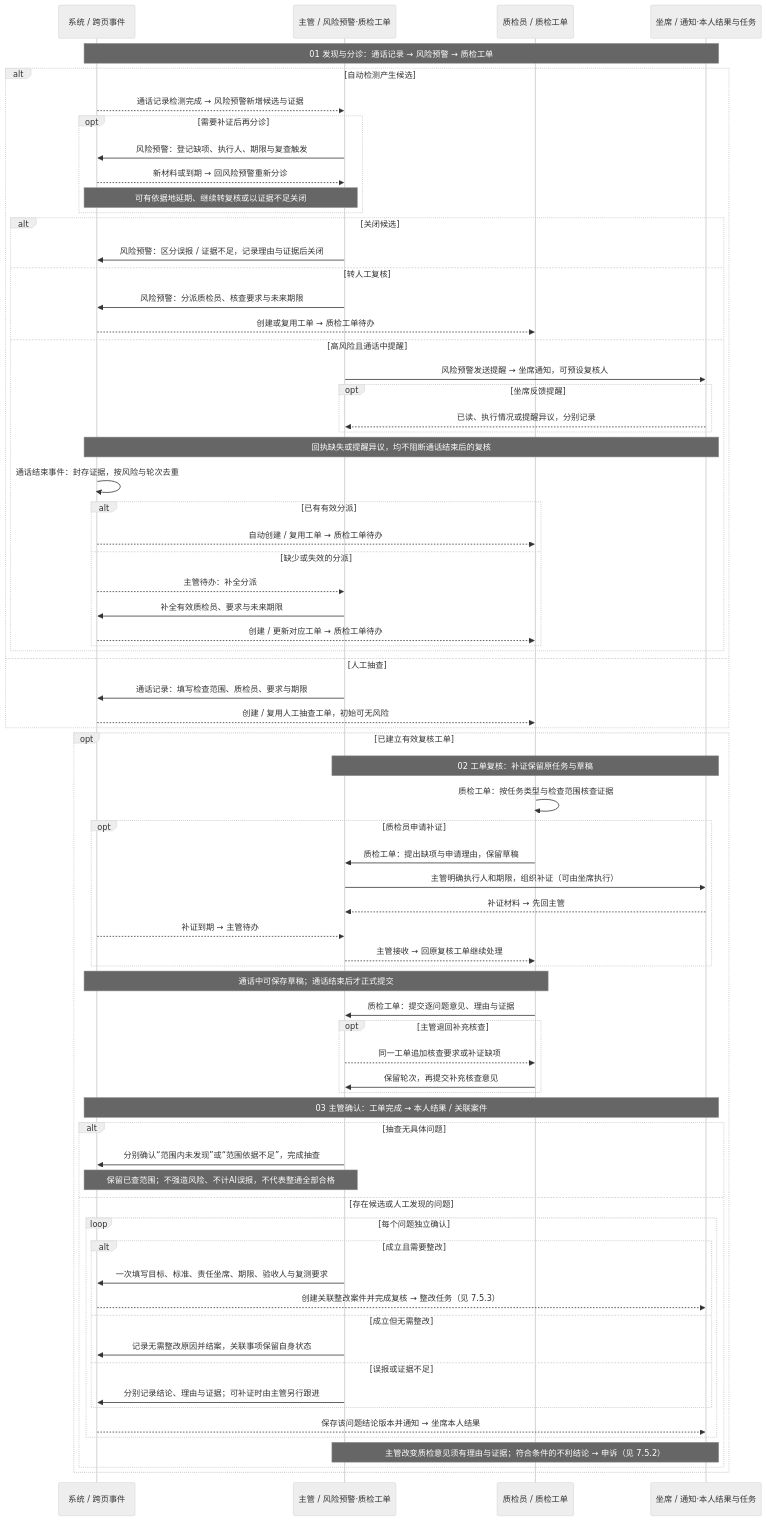
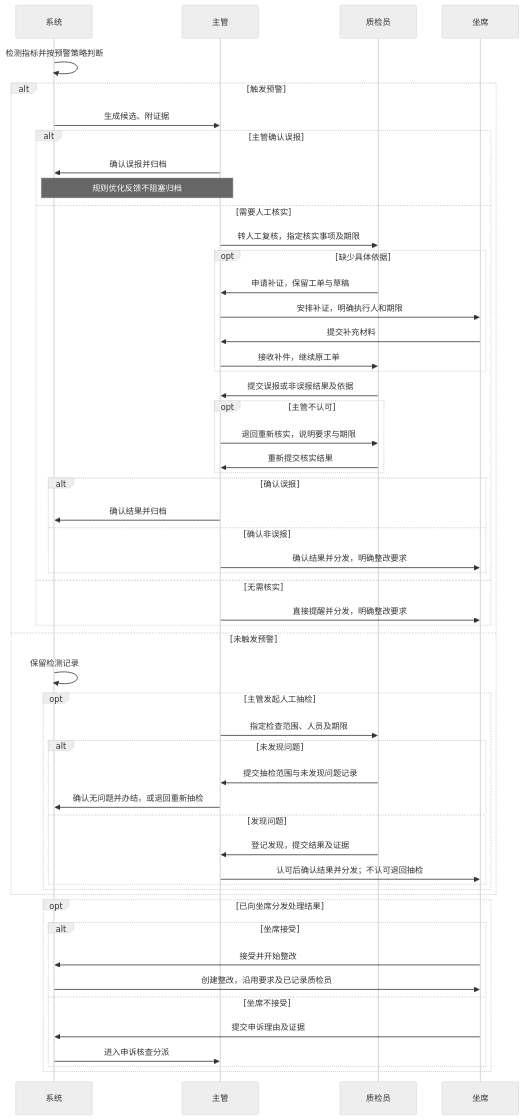
One commit to h-pl/bank-voice-qc-mvp-p0 changed the diagram in docs/reviews/时序图/01-质检主线.mmd. Above: the diagram before and after it, drawn with Mermaid (neutral theme). The commit also changed 253 other files, not shown here.

```diff
--- a/docs/reviews/时序图/01-质检主线.mmd
+++ b/docs/reviews/时序图/01-质检主线.mmd
@@ -1,72 +1,55 @@
+%% 当前6001流程，2026-09-23；历史版本见 archive/流程图-20260923复核前
 sequenceDiagram
-    participant S as 系统 / 跨页事件
-    participant Q as 主管 / 风险预警·质检工单
-    participant I as 质检员 / 质检工单
-    participant A as 坐席 / 通知·本人结果与任务
-    Note over S,A: 01 发现与分诊：通话记录 → 风险预警 → 质检工单
-    alt 自动检测产生候选
-        S-->>Q: 通话记录检测完成 → 风险预警新增候选与证据
-        opt 需要补证后再分诊
-            Q->>S: 风险预警：登记缺项、执行人、期限与复查触发
-            S-->>Q: 新材料或到期 → 回风险预警重新分诊
-            Note over S,Q: 可有依据地延期、继续转复核或以证据不足关闭
-        end
-        alt 关闭候选
-            Q->>S: 风险预警：区分误报 / 证据不足，记录理由与证据后关闭
-        else 转人工复核
-            Q->>S: 风险预警：分派质检员、核查要求与未来期限
-            S-->>I: 创建或复用工单 → 质检工单待办
-        else 高风险且通话中提醒
-            Q->>A: 风险预警发送提醒 → 坐席通知，可预设复核人
-            opt 坐席反馈提醒
-                A-->>Q: 已读、执行情况或提醒异议，分别记录
-            end
-            Note over S,A: 回执缺失或提醒异议，均不阻断通话结束后的复核
-            S->>S: 通话结束事件：封存证据，按风险与轮次去重
-            alt 已有有效分派
-                S-->>I: 自动创建 / 复用工单 → 质检工单待办
-            else 缺少或失效的分派
-                S-->>Q: 主管待办：补全分派
-                Q->>S: 补全有效质检员、要求与未来期限
-                S-->>I: 创建 / 更新对应工单 → 质检工单待办
-            end
-        end
-    else 人工抽查
-        Q->>S: 通话记录：填写检查范围、质检员、要求与期限
-        S-->>I: 创建 / 复用人工抽查工单，初始可无风险
-    end
-    opt 已建立有效复核工单
-        Note over Q,A: 02 工单复核：补证保留原任务与草稿
-        I->>I: 质检工单：按任务类型与检查范围核查证据
-        opt 质检员申请补证
-            I->>Q: 质检工单：提出缺项与申请理由，保留草稿
-            Q->>A: 主管明确执行人和期限，组织补证（可由坐席执行）
-            A-->>Q: 补证材料 → 先回主管
-            S-->>Q: 补证到期 → 主管待办
-            Q-->>I: 主管接收 → 回原复核工单继续处理
-        end
-        Note over S,I: 通话中可保存草稿；通话结束后才正式提交
-        I->>Q: 质检工单：提交逐问题意见、理由与证据
-        opt 主管退回补充核查
-            Q-->>I: 同一工单追加核查要求或补证缺项
-            I->>Q: 保留轮次，再提交补充核查意见
-        end
-        Note over S,A: 03 主管确认：工单完成 → 本人结果 / 关联案件
-        alt 抽查无具体问题
-            Q->>S: 分别确认“范围内未发现”或“范围依据不足”，完成抽查
-            Note over S,Q: 保留已查范围；不强造风险、不计AI误报，不代表整通全部合格
-        else 存在候选或人工发现的问题
-            loop 每个问题独立确认
-                alt 成立且需要整改
-                    Q->>S: 一次填写目标、标准、责任坐席、期限、验收人与复测要求
-                    S-->>A: 创建关联整改案件并完成复核 → 整改任务（见 7.5.3）
-                else 成立但无需整改
-                    Q->>S: 记录无需整改原因并结案，关联事项保留自身状态
-                else 误报或证据不足
-                    Q->>S: 分别记录结论、理由与证据；可补证时由主管另行跟进
-                end
-                S-->>A: 保存该问题结论版本并通知 → 坐席本人结果
-            end
-            Note over Q,A: 主管改变质检意见须有理由与证据；符合条件的不利结论 → 申诉（见 7.5.2）
-        end
-    end
+ participant S as 系统
+ participant M as 主管
+ participant Q as 质检员
+ participant A as 坐席
+ S->>S: 检测指标并按预警策略判断
+ alt 触发预警
+  S->>M: 生成候选、附证据
+  alt 主管确认误报
+   M->>S: 确认误报并归档
+   Note over M,S: 规则优化反馈不阻塞归档
+  else 需要人工核实
+   M->>Q: 转人工复核，指定核实事项及期限
+   opt 缺少具体依据
+    Q->>M: 申请补证，保留工单与草稿
+    M->>A: 安排补证，明确执行人和期限
+    A->>M: 提交补充材料
+    M->>Q: 接收补件，继续原工单
+   end
+   Q->>M: 提交误报或非误报结果及依据
+   opt 主管不认可
+    M->>Q: 退回重新核实，说明要求与期限
+    Q->>M: 重新提交核实结果
+   end
+   alt 确认误报
+    M->>S: 确认结果并归档
+   else 确认非误报
+    M->>A: 确认结果并分发，明确整改要求
+   end
+  else 无需核实
+   M->>A: 直接提醒并分发，明确整改要求
+  end
+ else 未触发预警
+  S->>S: 保留检测记录
+  opt 主管发起人工抽检
+   M->>Q: 指定检查范围、人员及期限
+   alt 未发现问题
+    Q->>M: 提交抽检范围与未发现问题记录
+    M->>S: 确认无问题并办结，或退回重新抽检
+   else 发现问题
+    Q->>M: 登记发现，提交结果及证据
+    M->>A: 认可后确认结果并分发；不认可退回抽检
+   end
+  end
+ end
+ opt 已向坐席分发处理结果
+  alt 坐席接受
+   A->>S: 接受并开始整改
+   S->>A: 创建整改，沿用要求及已记录质检员
+  else 坐席不接受
+   A->>S: 提交申诉理由及证据
+   S->>M: 进入申诉核查分派
+  end
+ end
```
